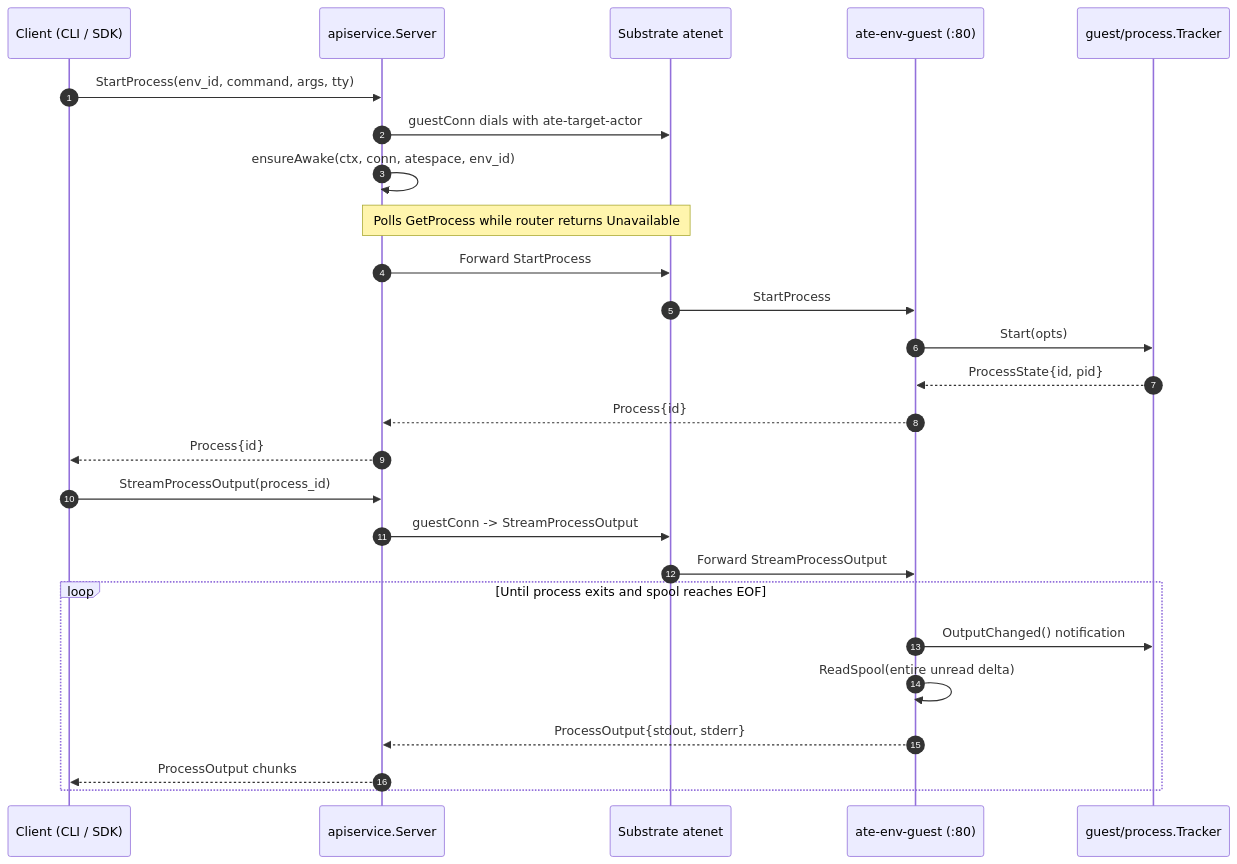
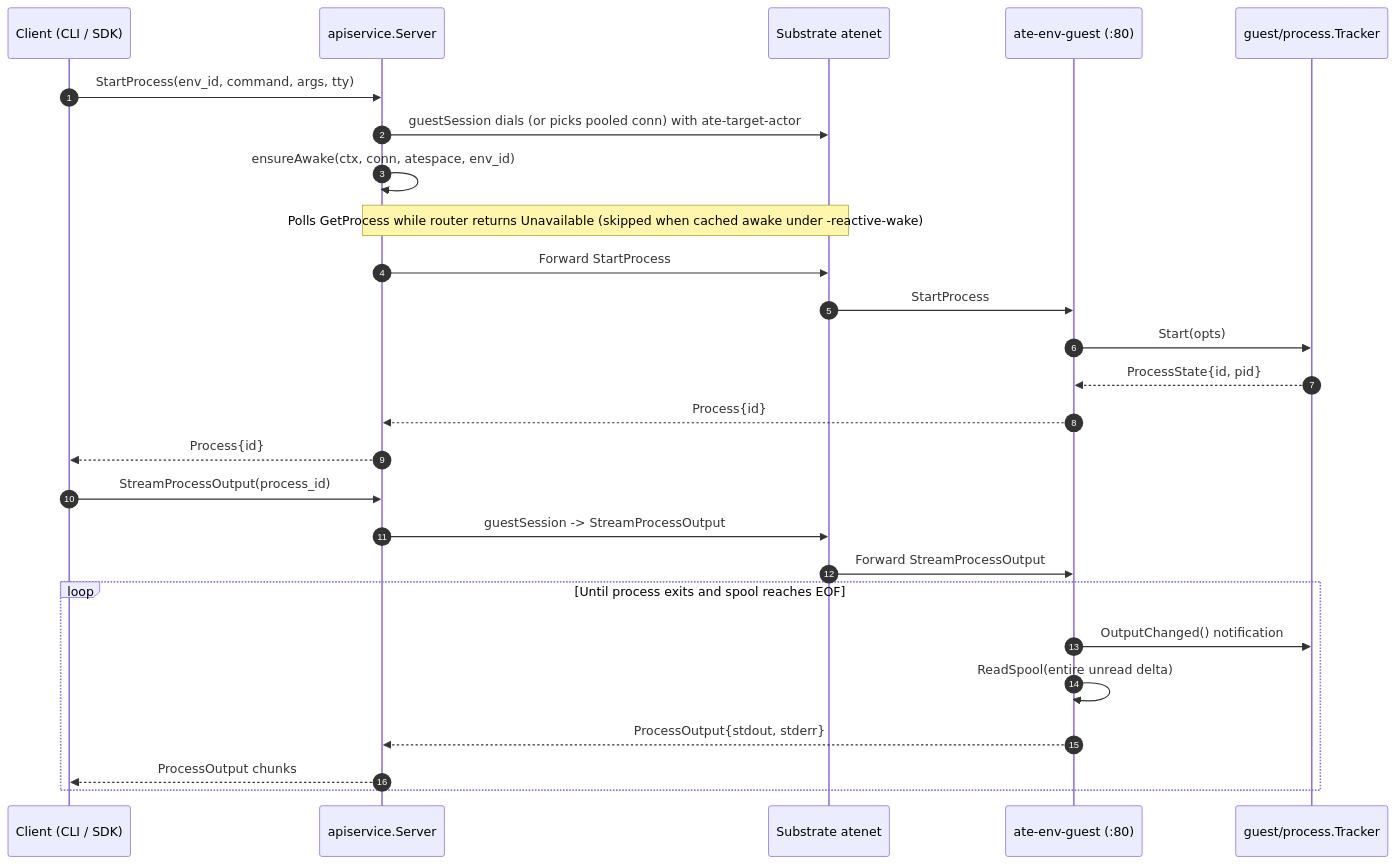
The third of 3 diagrams in docs/architecture.md (Edwinhr716/env-rl), drawn with Mermaid before and after one commit. The commit also changed other lines of this file and 29 other files, not shown here.

````diff
--- a/docs/architecture.md
+++ b/docs/architecture.md
@@ -219,30 +218,30 @@
 ```mermaid
 sequenceDiagram
   autonumber
   participant Client as Client (CLI / SDK)
   participant API as apiservice.Server
   participant Router as Substrate atenet
   participant Guest as ate-env-guest (:80)
   participant Tracker as guest/process.Tracker
 
   Client->>API: StartProcess(env_id, command, args, tty)
-  API->>Router: guestConn dials with ate-target-actor
+  API->>Router: guestSession dials (or picks pooled conn) with ate-target-actor
   API->>API: ensureAwake(ctx, conn, atespace, env_id)
-  Note over API,Router: Polls GetProcess while router returns Unavailable
+  Note over API,Router: Polls GetProcess while router returns Unavailable (skipped when cached awake under -reactive-wake)
   API->>Router: Forward StartProcess
   Router->>Guest: StartProcess
   Guest->>Tracker: Start(opts)
   Tracker-->>Guest: ProcessState{id, pid}
   Guest-->>API: Process{id}
   API-->>Client: Process{id}
 
   Client->>API: StreamProcessOutput(process_id)
-  API->>Router: guestConn -> StreamProcessOutput
+  API->>Router: guestSession -> StreamProcessOutput
   Router->>Guest: Forward StreamProcessOutput
   loop Until process exits and spool reaches EOF
     Guest->>Tracker: OutputChanged() notification
     Guest->>Guest: ReadSpool(entire unread delta)
     Guest-->>API: ProcessOutput{stdout, stderr}
     API-->>Client: ProcessOutput chunks
   end
 ```
````
